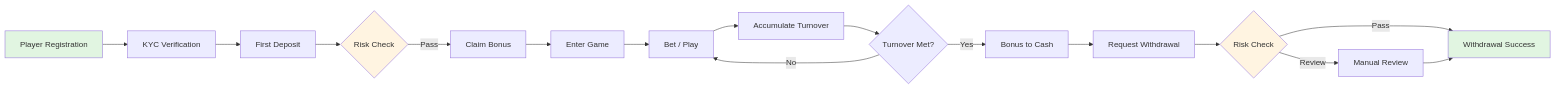
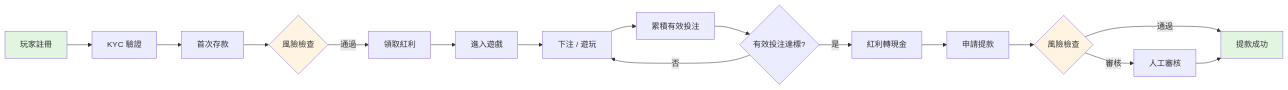
The diagram in docs/iGaming/architecture/00_Overview/System_Overview.md (ron03wlb/smart-admin), drawn with Mermaid before and after one commit. The commit also changed other lines of this file and 43 other files, not shown here.

````diff
--- a/docs/iGaming/architecture/00_Overview/System_Overview.md
+++ b/docs/iGaming/architecture/00_Overview/System_Overview.md
@@ -280,23 +280,23 @@
 ```mermaid
 flowchart LR
-    A[Player Registration] --> B[KYC Verification]
-    B --> C[First Deposit]
-    C --> D{Risk Check}
-    D -->|Pass| E[Claim Bonus]
-    E --> F[Enter Game]
-    F --> G[Bet / Play]
-    G --> H[Accumulate Turnover]
-    H --> I{Turnover Met?}
-    I -->|Yes| J[Bonus to Cash]
-    I -->|No| G
-    J --> K[Request Withdrawal]
-    K --> L{Risk Check}
-    L -->|Pass| M[Withdrawal Success]
-    L -->|Review| N[Manual Review]
+    A[玩家註冊] --> B[KYC 驗證]
+    B --> C[首次存款]
+    C --> D{風險檢查}
+    D -->|通過| E[領取紅利]
+    E --> F[進入遊戲]
+    F --> G[下注 / 遊玩]
+    G --> H[累積有效投注]
+    H --> I{有效投注達標?}
+    I -->|是| J[紅利轉現金]
+    I -->|否| G
+    J --> K[申請提款]
+    K --> L{風險檢查}
+    L -->|通過| M[提款成功]
+    L -->|審核| N[人工審核]
     N --> M
 
     style A fill:#e1f5e1
     style M fill:#e1f5e1
     style D fill:#fff4e1
     style L fill:#fff4e1
 ```
````
